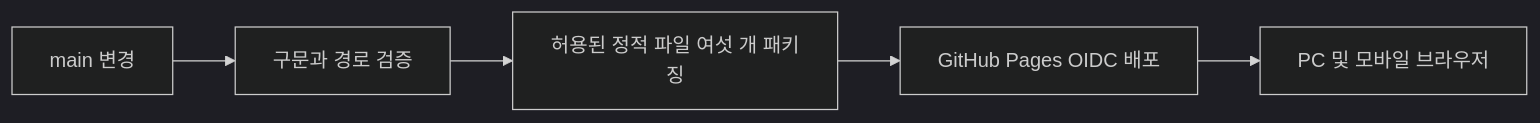
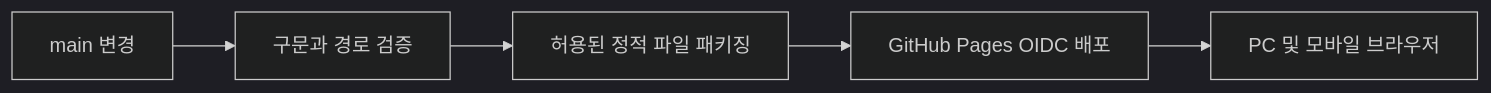
Before and after one commit to channyworks/haedong: the diagram in docs/ARCHITECTURE.md, drawn with Mermaid (dark theme). The commit also changed other lines of this file and 24 other files, not shown here.

````diff
--- a/docs/ARCHITECTURE.md
+++ b/docs/ARCHITECTURE.md
@@ -7,7 +9,7 @@
 ```mermaid
 flowchart LR
   A[main 변경] --> B[구문과 경로 검증]
-  B --> C[허용된 정적 파일 여섯 개 패키징]
+  B --> C[허용된 정적 파일 패키징]
   C --> D[GitHub Pages OIDC 배포]
   D --> E[PC 및 모바일 브라우저]
 ```
````
